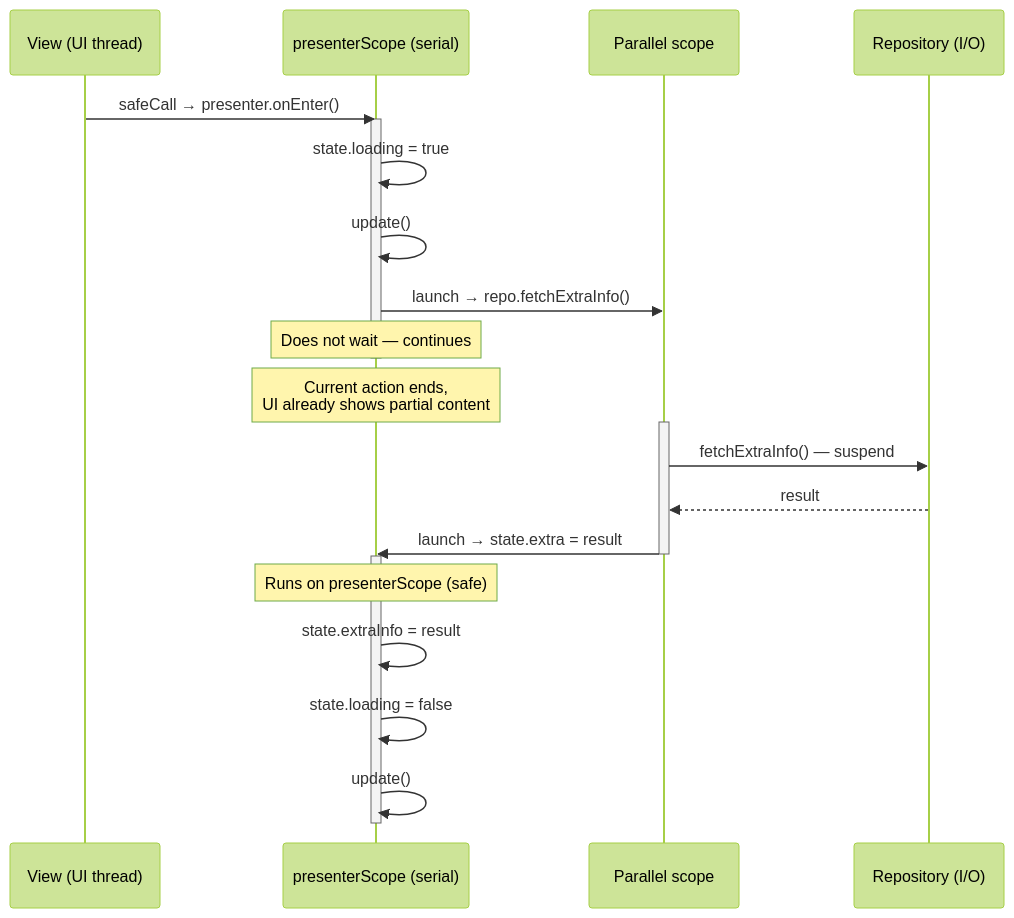
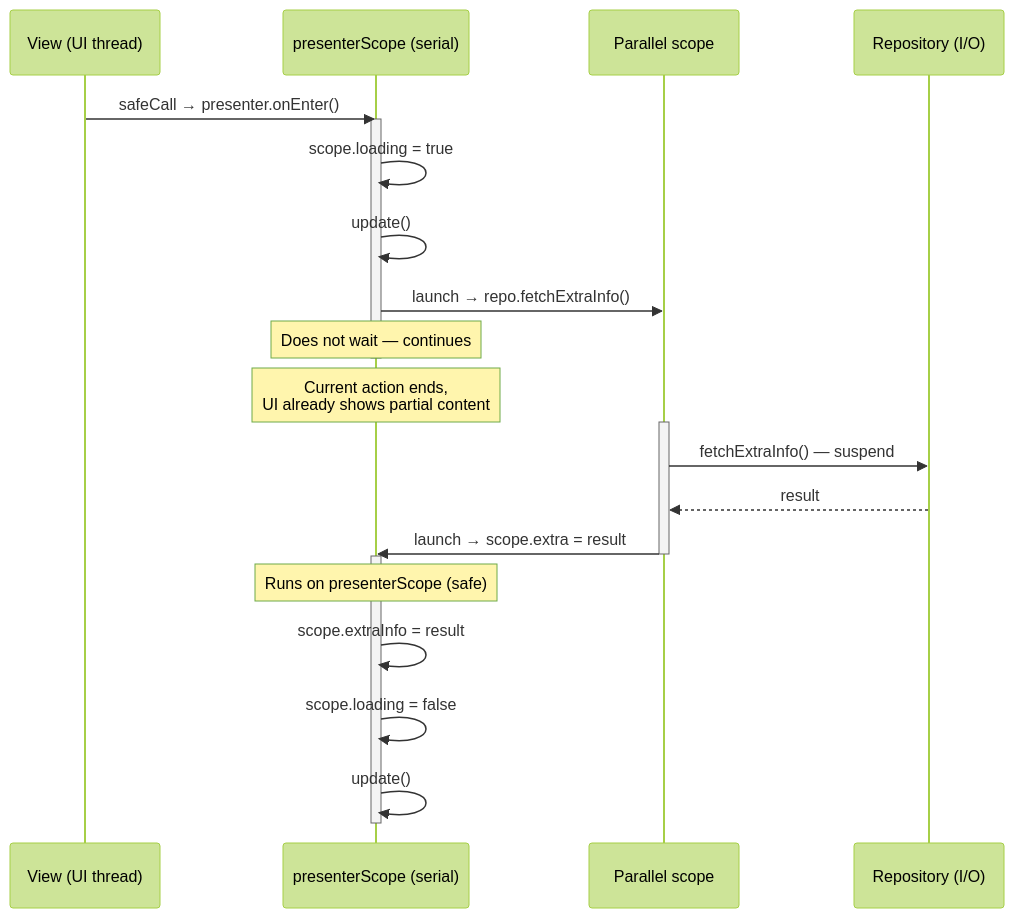
Diagram 18 of 19 in docs/architecture-cube.md (mrcdom/wdc-cube-kotlin), drawn with Mermaid (forest theme) before and after one commit. The commit also changed other lines of this file and 117 other files, not shown here.

````diff
--- a/docs/architecture-cube.md
+++ b/docs/architecture-cube.md
@@ -1015,29 +1017,29 @@
 ```mermaid
 sequenceDiagram
     participant UI as View (UI thread)
     participant PS as presenterScope (serial)
     participant BG as Parallel scope
     participant Repo as Repository (I/O)
 
     UI->>PS: safeCall → presenter.onEnter()
     activate PS
-    PS->>PS: state.loading = true
+    PS->>PS: scope.loading = true
     PS->>PS: update()
     PS->>BG: launch → repo.fetchExtraInfo()
     Note over PS: Does not wait — continues
     deactivate PS
     Note over PS: Current action ends,<br/>UI already shows partial content
 
     activate BG
     BG->>Repo: fetchExtraInfo() — suspend
     Repo-->>BG: result
-    BG->>PS: launch → state.extra = result
+    BG->>PS: launch → scope.extra = result
     deactivate BG
 
     activate PS
     Note over PS: Runs on presenterScope (safe)
-    PS->>PS: state.extraInfo = result
-    PS->>PS: state.loading = false
+    PS->>PS: scope.extraInfo = result
+    PS->>PS: scope.loading = false
     PS->>PS: update()
     deactivate PS
 ```
````
